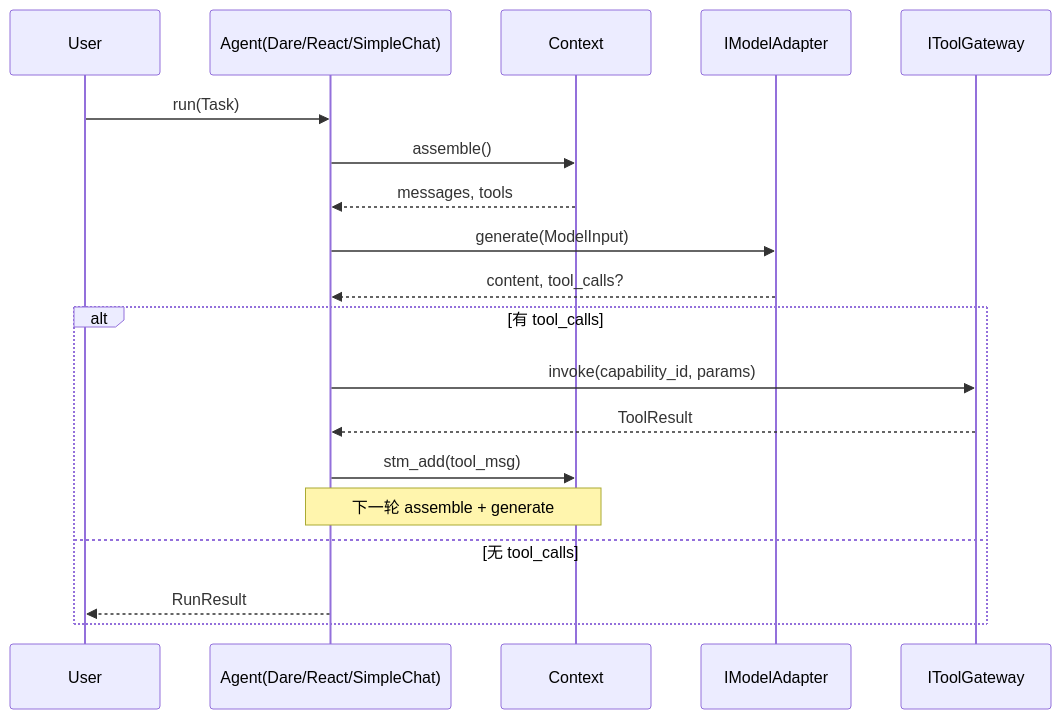
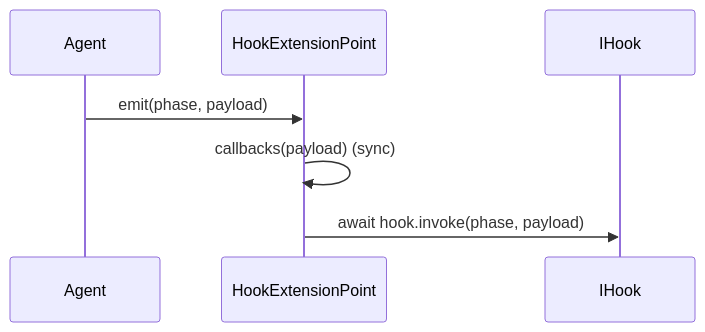
One commit to clowder-labs/Deterministic-Agent-Runtime-Engine changed the ninth of 13 diagrams in docs/DARE_FRAMEWORK_DESIGN.md. Above: the diagram before and after it, drawn with Mermaid. The commit also changed other lines of this file, not shown here.

````diff
--- a/docs/DARE_FRAMEWORK_DESIGN.md
+++ b/docs/DARE_FRAMEWORK_DESIGN.md
@@ -1109,22 +315,9 @@
 ```mermaid
 sequenceDiagram
-    participant U as User
-    participant A as Agent(Dare/React/SimpleChat)
-    participant C as Context
-    participant M as IModelAdapter
-    participant T as IToolGateway
-
-    U->>A: run(Task)
-    A->>C: assemble()
-    C-->>A: messages, tools
-    A->>M: generate(ModelInput)
-    M-->>A: content, tool_calls?
-    alt 有 tool_calls
-        A->>T: invoke(capability_id, params)
-        T-->>A: ToolResult
-        A->>C: stm_add(tool_msg)
-        Note over A,C: 下一轮 assemble + generate
-    else 无 tool_calls
-        A-->>U: RunResult
-    end
+  participant Agent
+  participant EP as HookExtensionPoint
+  participant H as IHook
+  Agent->>EP: emit(phase, payload)
+  EP->>EP: callbacks(payload) (sync)
+  EP->>H: await hook.invoke(phase, payload)
 ```
````
